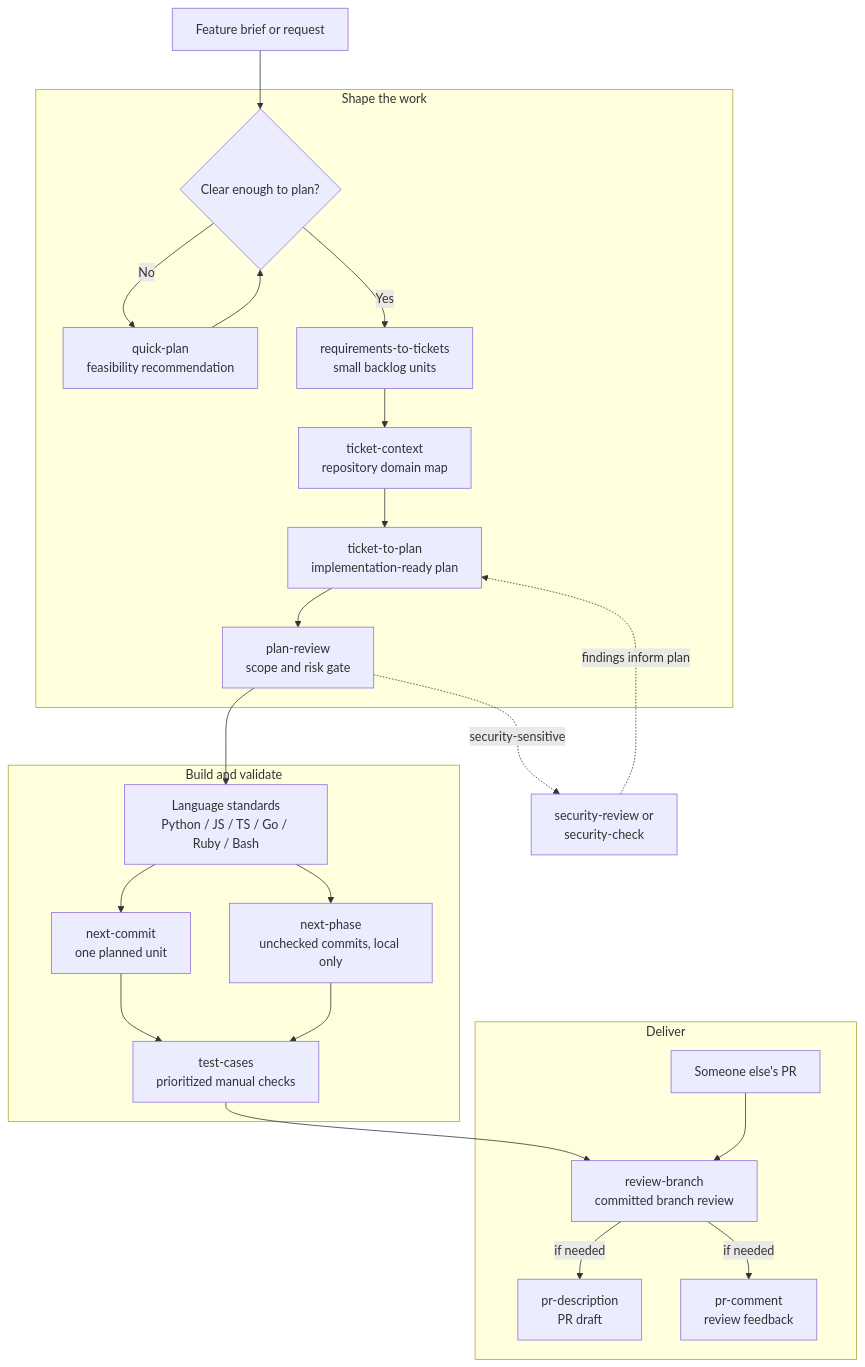
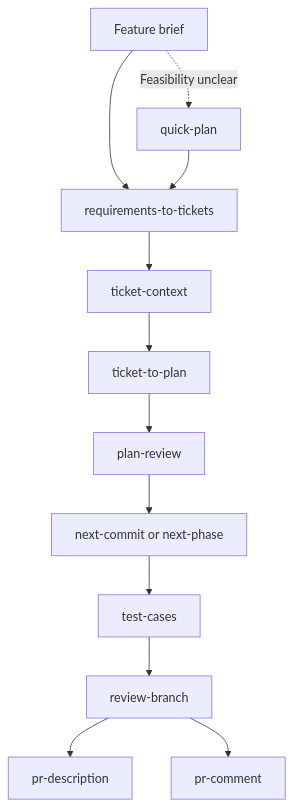
The diagram in README.md (EimantasZilis/agent-toolkit), drawn with Mermaid before and after one commit. The commit also changed other lines of this file and 2 other files, not shown here.

Commit message:
Added instructions for simplified language

````diff
--- a/README.md
+++ b/README.md
@@ -105,41 +74,14 @@
 ```mermaid
 flowchart TD
-    brief[Feature brief or request]
-
-    subgraph scope[Shape the work]
-        direction{Clear enough to plan?}
-        quick[quick-plan\nfeasibility recommendation]
-        tickets[requirements-to-tickets\nsmall backlog units]
-        context[ticket-context\nrepository domain map]
-        plan[ticket-to-plan\nimplementation-ready plan]
-        review[plan-review\nscope and risk gate]
-    end
-
-    subgraph build[Build and validate]
-        standards[Language standards\nPython / JS / TS / Go / Ruby / Bash]
-        unit[next-commit\none planned unit]
-        phase[next-phase\nunchecked commits, local only]
-        tests[test-cases\nprioritized manual checks]
-    end
-
-    subgraph deliver[Deliver]
-        incoming[Someone else's PR]
-        reviewbranch[review-branch\ncommitted branch review]
-        prdescription[pr-description\nPR draft]
-        prcomment[pr-comment\nreview feedback]
-    end
-
-    brief --> direction
-    direction -- No --> quick --> direction
-    direction -- Yes --> tickets
-    tickets --> context --> plan --> review
-    review --> standards
-    standards --> unit --> tests
-    standards --> phase --> tests
-    tests --> reviewbranch
-    reviewbranch -- if needed --> prdescription
-    incoming --> reviewbranch
-    reviewbranch -- if needed --> prcomment
-    review -. security-sensitive .-> security[security-review or\nsecurity-check]
-    security -. findings inform plan .-> plan
+    brief[Feature brief] --> tickets[requirements-to-tickets]
+    brief -. Feasibility unclear .-> quick[quick-plan]
+    quick --> tickets
+    tickets --> context[ticket-context]
+    context --> plan[ticket-to-plan]
+    plan --> review[plan-review]
+    review --> build[next-commit or next-phase]
+    build --> tests[test-cases]
+    tests --> branch[review-branch]
+    branch --> description[pr-description]
+    branch --> comment[pr-comment]
 ```
````
